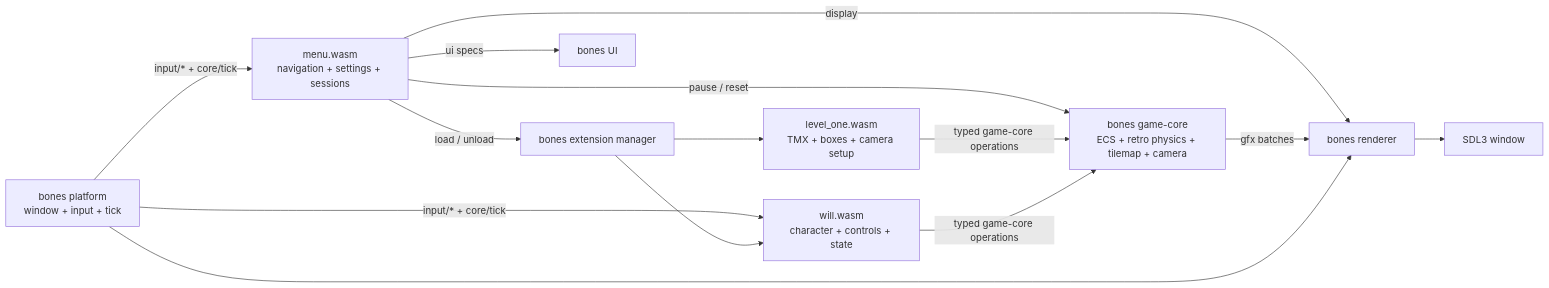
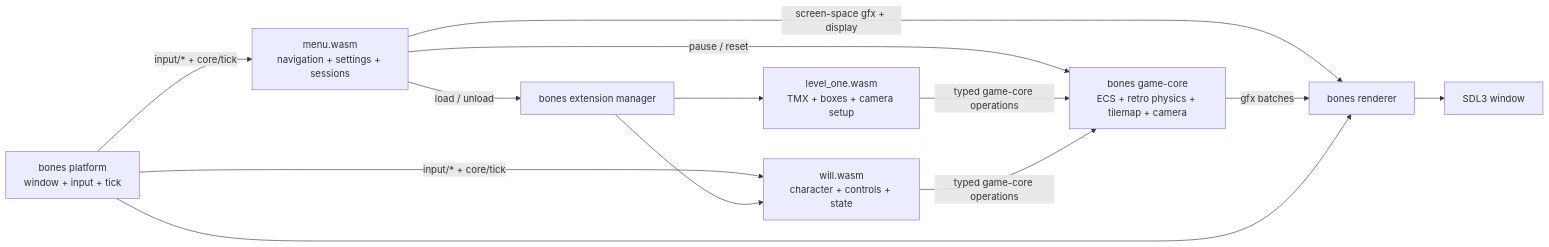
Before and after one commit to an-dr/artificial-will-game-v2: the diagram in docs/architecture.md, drawn with Mermaid. The commit also changed other lines of this file and 9 other files, not shown here.

Commit message:
Render menus with game graphics

````diff
--- a/docs/architecture.md
+++ b/docs/architecture.md
@@ -10,16 +10,15 @@
 ```mermaid
 flowchart LR
     Platform["bones platform<br/>window + input + tick"] -->|"input/* + core/tick"| Menu
     Platform -->|"input/* + core/tick"| Will
     Menu["menu.wasm<br/>navigation + settings + sessions"] -->|"load / unload"| Manager["bones extension manager"]
-    Menu -->|"ui specs"| UI["bones UI"]
-    Menu -->|"display"| Renderer
+    Menu -->|"screen-space gfx + display"| Renderer
     Menu -->|"pause / reset"| GameCore
     Manager --> Level["level_one.wasm<br/>TMX + boxes + camera setup"]
     Manager --> Will
     Level["level_one.wasm<br/>TMX + boxes + camera setup"] -->|"typed game-core operations"| GameCore
     Will["will.wasm<br/>character + controls + state"] -->|"typed game-core operations"| GameCore
     GameCore["bones game-core<br/>ECS + retro physics + tilemap + camera"] -->|"gfx batches"| Renderer
     Renderer["bones renderer"] --> Window["SDL3 window"]
     Platform --> Renderer
 ```
````
